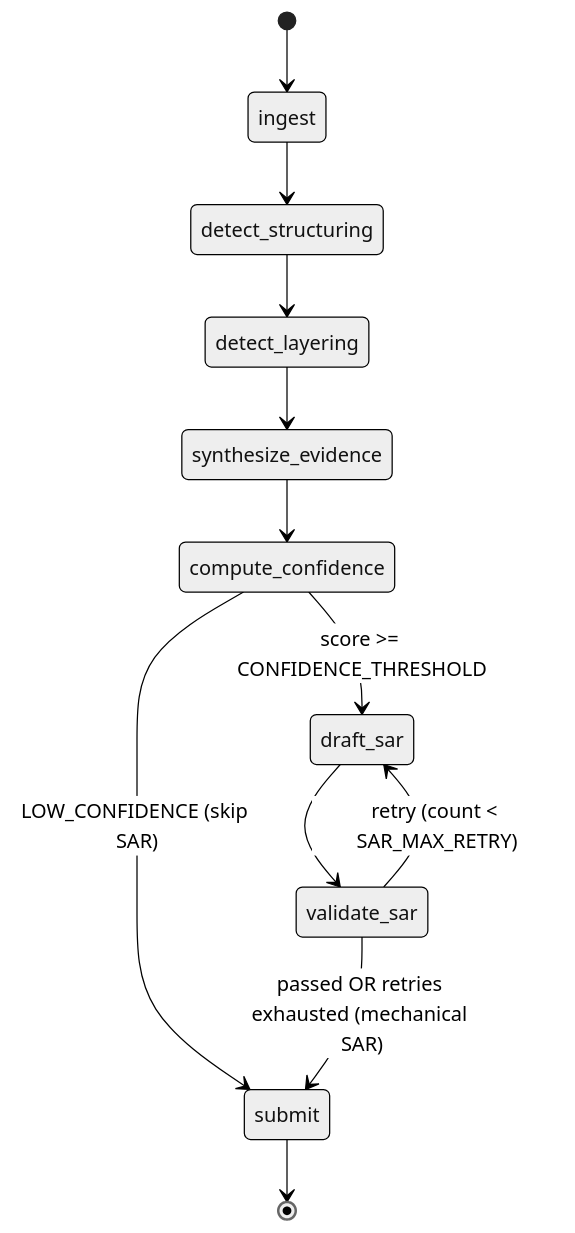
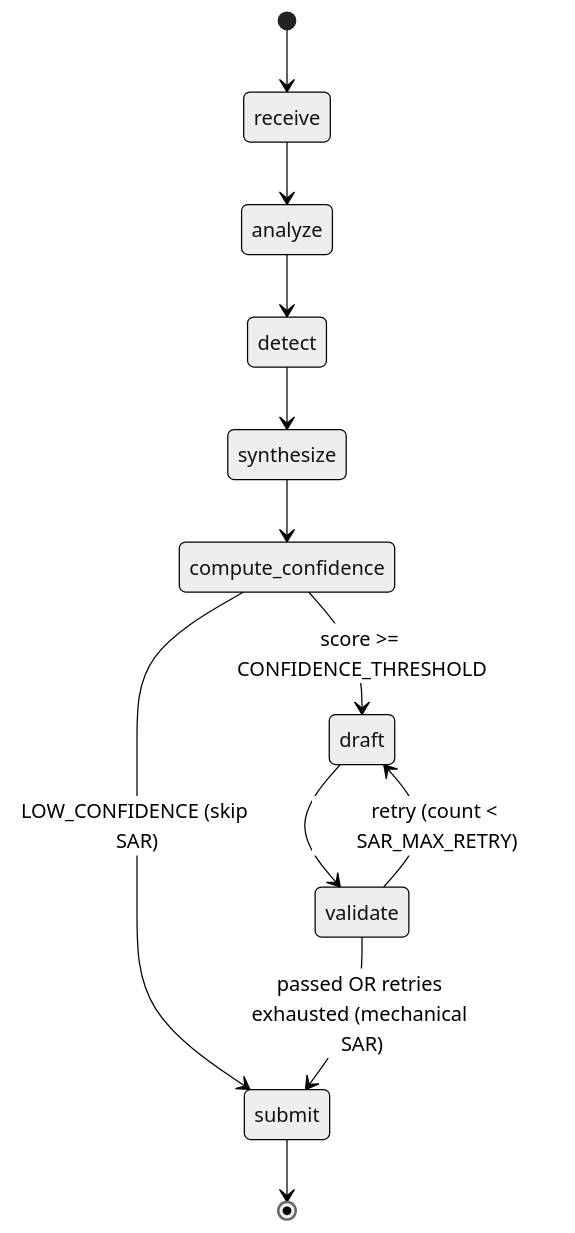
Before and after one commit to Praneshrajan137/ARGUS-Agentic-Graph-Forensics-for-Autonomous-AML-Investigation-SAR-Generation: the second of 3 diagrams in purple_agent/ARCHITECTURE.md, drawn with Mermaid (neutral theme). The commit also changed other lines of this file and 10 other files, not shown here.

````diff
--- a/purple_agent/ARCHITECTURE.md
+++ b/purple_agent/ARCHITECTURE.md
@@ -100,14 +100,14 @@
 ```mermaid
 stateDiagram-v2
-    [*] --> ingest
-    ingest --> detect_structuring
-    detect_structuring --> detect_layering
-    detect_layering --> synthesize_evidence
-    synthesize_evidence --> compute_confidence
-    compute_confidence --> draft_sar: score >= CONFIDENCE_THRESHOLD
+    [*] --> receive
+    receive --> analyze
+    analyze --> detect
+    detect --> synthesize
+    synthesize --> compute_confidence
+    compute_confidence --> draft: score >= CONFIDENCE_THRESHOLD
     compute_confidence --> submit: LOW_CONFIDENCE (skip SAR)
-    draft_sar --> validate_sar
-    validate_sar --> draft_sar: retry (count < SAR_MAX_RETRY)
-    validate_sar --> submit: passed OR retries exhausted (mechanical SAR)
+    draft --> validate
+    validate --> draft: retry (count < SAR_MAX_RETRY)
+    validate --> submit: passed OR retries exhausted (mechanical SAR)
     submit --> [*]
 ```
````
